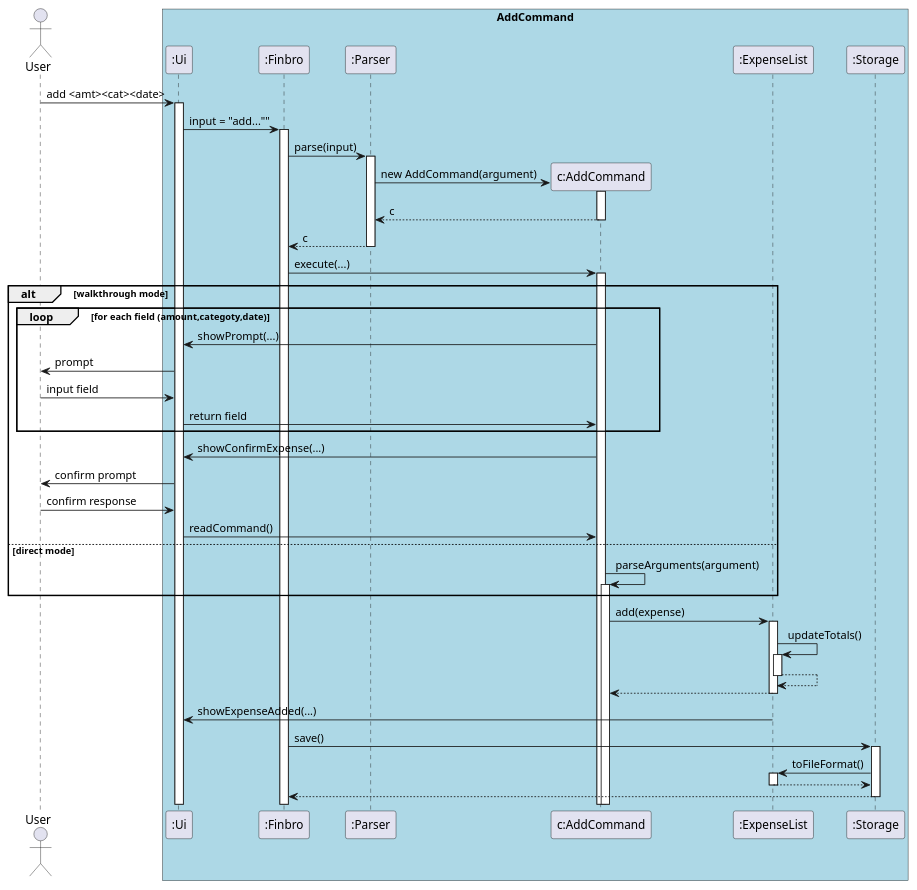
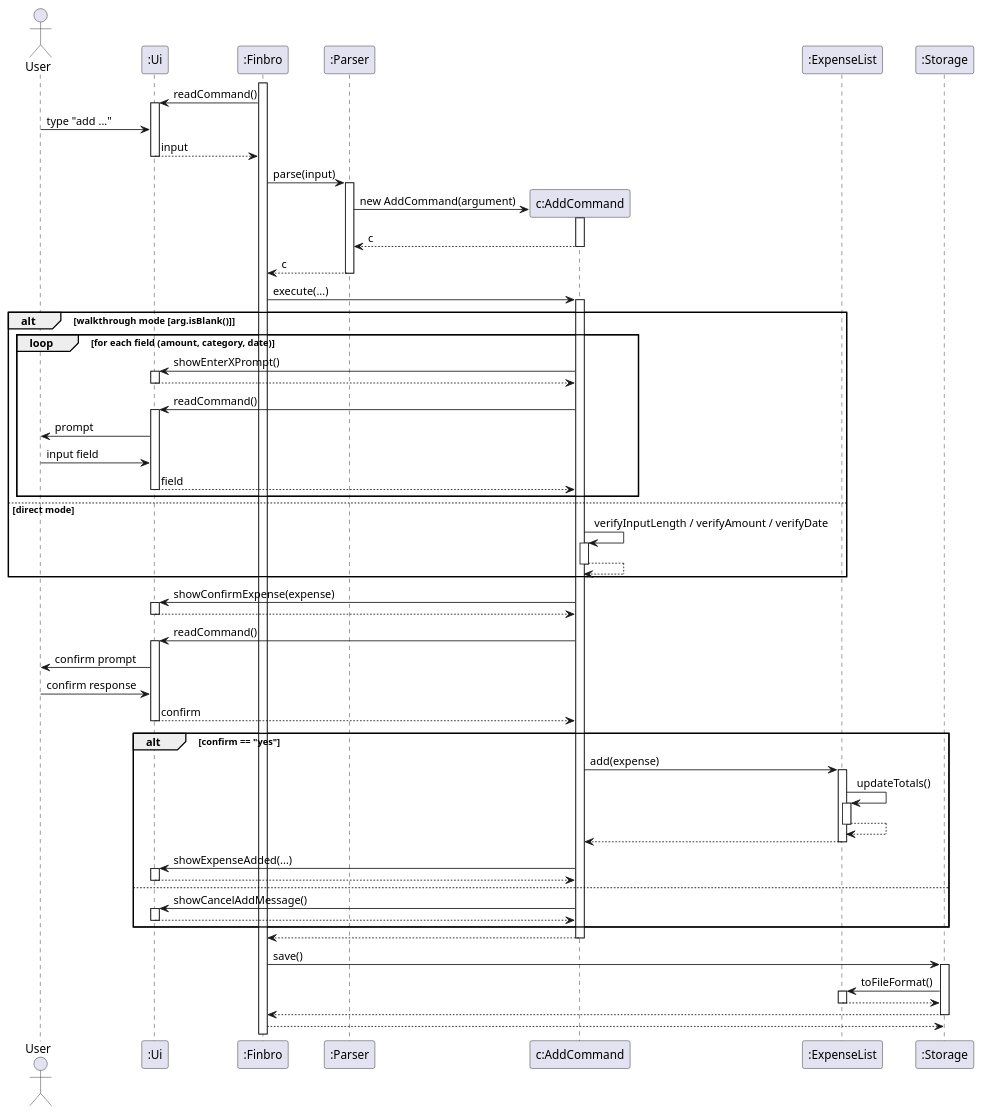
One commit to zihaoalt/tp changed the diagram in docs/UML_diagrams/AddCommand.puml. Above: the diagram before and after it, drawn with PlantUML. The commit also changed 7 other files, not shown here.

Commit message:
Fix the initial ui finbro and parser interaction for add delete architecture and view and also remove the background color for these

```diff
--- a/docs/UML_diagrams/AddCommand.puml
+++ b/docs/UML_diagrams/AddCommand.puml
@@ -1,64 +1,76 @@
 @startuml AddCommand
 'https://plantuml.com/sequence-diagram
 actor User
 
 
-box "AddCommand" #LightBlue
 participant ":Ui"
 participant ":Finbro"
 participant ":Parser"
 participant "c:AddCommand"
 participant ":ExpenseList"
 participant ":Storage"
-end box
 
-User -> ":Ui" : add <amt><cat><date>
+
+
+activate ":Finbro"
+":Finbro" -> ":Ui" : readCommand()
 activate ":Ui"
-
-":Ui" -> ":Finbro" : input = "add...""
-activate ":Finbro"
+User -> ":Ui" : type "add ..."
+":Ui" --> ":Finbro" : input
+deactivate ":Ui"
 
 ":Finbro" -> ":Parser" : parse(input)
 activate ":Parser"
 
 create "c:AddCommand"
 ":Parser" -> "c:AddCommand" : new AddCommand(argument)
 activate "c:AddCommand"
 return c
 return c
 
-":Finbro" -> "c:AddCommand" : execute(...)
-activate "c:AddCommand"
+":Finbro" -> "c:AddCommand" ++ : execute(...)
 
-alt walkthrough mode
-    loop for each field (amount,categoty,date)
-        "c:AddCommand" -> ":Ui" : showPrompt(...)
+alt walkthrough mode [arg.isBlank()]
+    loop for each field (amount, category, date)
+        "c:AddCommand" -> ":Ui" ++ : showEnterXPrompt()
+        return
+        "c:AddCommand" -> ":Ui" ++ : readCommand()
         ":Ui" -> User : prompt
         User -> ":Ui" : input field
-        ":Ui" -> "c:AddCommand" : return field
+        return field
     end
-    "c:AddCommand" -> ":Ui" : showConfirmExpense(...)
-    ":Ui" -> User : confirm prompt
-    User -> ":Ui" : confirm response
-    ":Ui" -> "c:AddCommand" : readCommand()
 else direct mode
-    "c:AddCommand" -> "c:AddCommand" : parseArguments(argument)
-    activate "c:AddCommand"
+    "c:AddCommand" -> "c:AddCommand" ++ : verifyInputLength / verifyAmount / verifyDate
+    return
 end
 
-"c:AddCommand" -> ":ExpenseList" : add(expense)
-activate ":ExpenseList"
-":ExpenseList" -> ":ExpenseList" : updateTotals()
-activate ":ExpenseList"
+"c:AddCommand" -> ":Ui" ++ : showConfirmExpense(expense)
+return
+
+"c:AddCommand" -> ":Ui" ++ : readCommand()
+":Ui" -> User : confirm prompt
+User -> ":Ui" : confirm response
+return confirm
+
+alt confirm == "yes"
+    "c:AddCommand" -> ":ExpenseList" ++ : add(expense)
+    ":ExpenseList" -> ":ExpenseList" ++ : updateTotals()
+    return
+    return
+    "c:AddCommand" -> ":Ui" ++ : showExpenseAdded(...)
+    return
+else
+    "c:AddCommand" -> ":Ui" ++ : showCancelAddMessage()
+    return
+end
+
+return
+
+":Finbro" -> ":Storage" ++ : save()
+":Storage" -> ":ExpenseList" ++ : toFileFormat()
 return
 return
 
-":ExpenseList" -> ":Ui" : showExpenseAdded(...)
-":Finbro" -> ":Storage" : save()
-activate ":Storage"
-":Storage" -> ":ExpenseList" : toFileFormat()
-activate ":ExpenseList"
-return
 return
 
 @enduml
```
